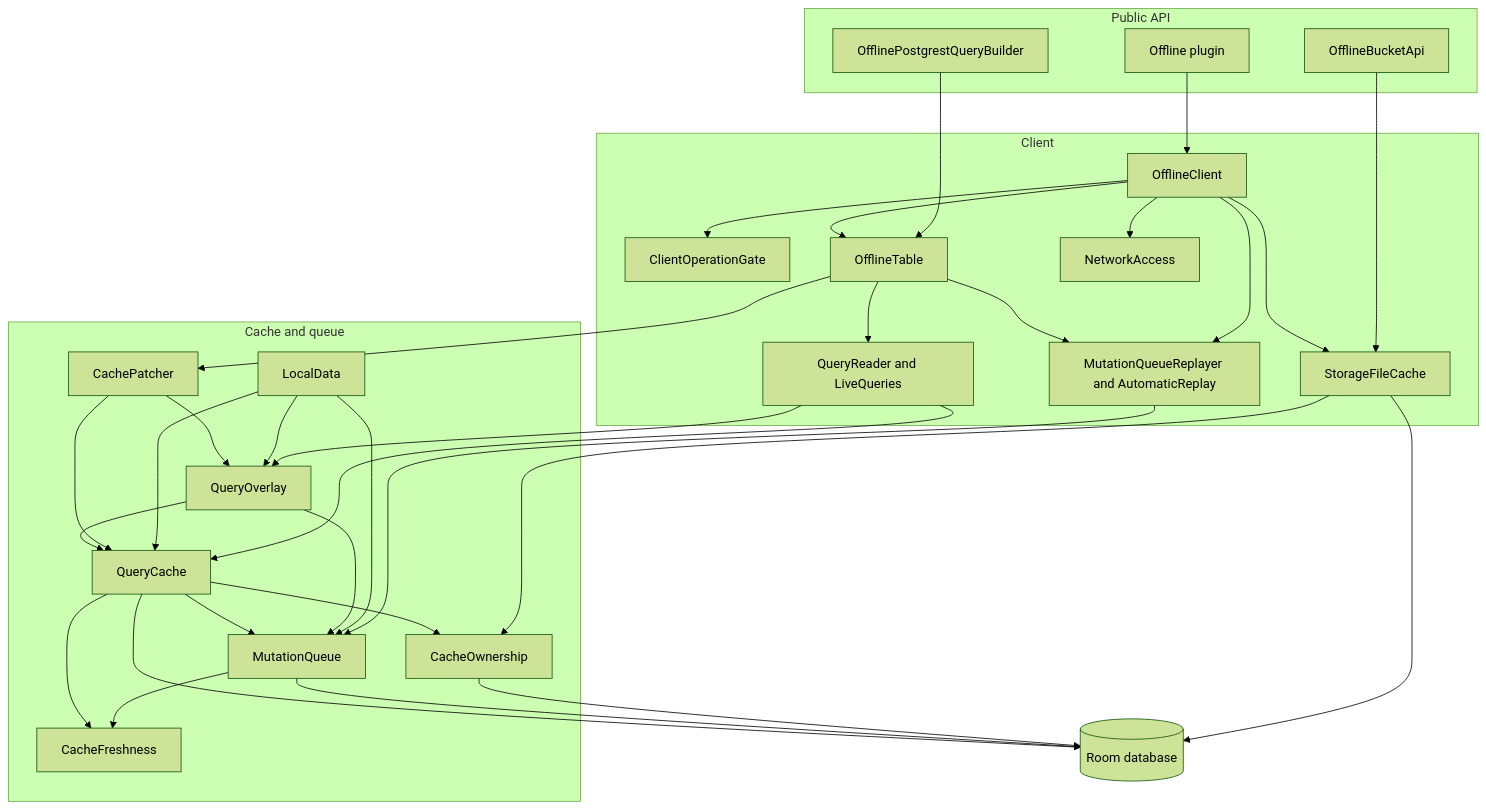
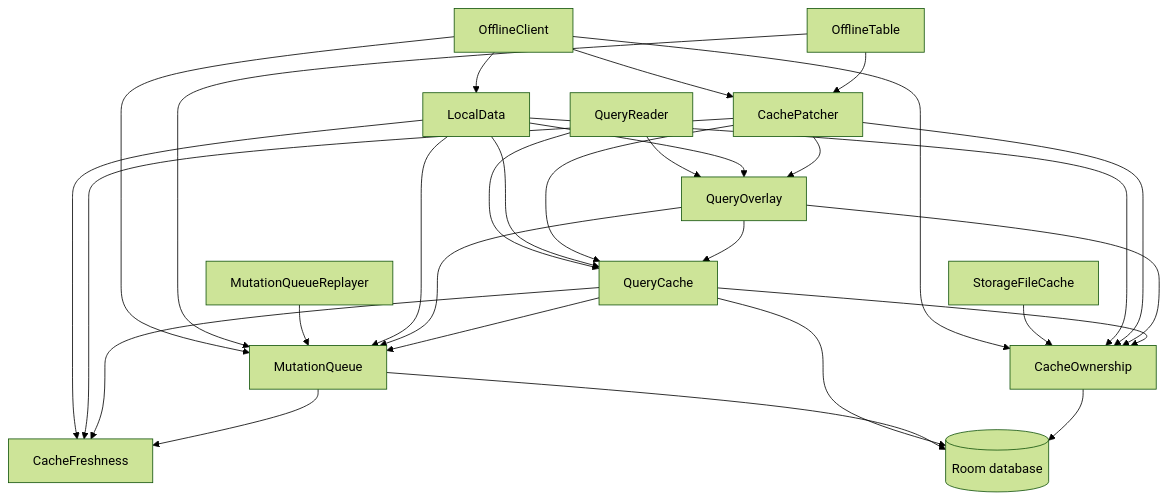
The second of 4 diagrams in docs/project/architecture.md (nesfeder/supabase-offline-kt), drawn with Mermaid (forest theme) before and after one commit. The commit also changed other lines of this file, not shown here.

First line of the commit message:
docs: redraw the architecture page's diagrams (#85)

````diff
--- a/docs/project/architecture.md
+++ b/docs/project/architecture.md
@@ -494,57 +527,32 @@
 ```mermaid
 flowchart TB
-    subgraph surface["Public API"]
-        P["Offline plugin"]
-        B["OfflinePostgrestQueryBuilder"]
-        S["OfflineBucketApi"]
-    end
-    subgraph client["Client"]
-        OC["OfflineClient"]
-        G["ClientOperationGate"]
-        T["OfflineTable"]
-        QR["QueryReader and LiveQueries"]
-        R["MutationQueueReplayer and AutomaticReplay"]
-        N["NetworkAccess"]
-        FC["StorageFileCache"]
-    end
-    subgraph cache["Cache and queue"]
-        LD["LocalData"]
-        CP["CachePatcher"]
-        QO["QueryOverlay"]
-        QC["QueryCache"]
-        MQ["MutationQueue"]
-        CO["CacheOwnership"]
-        CF["CacheFreshness"]
-    end
-    DB[("Room database")]
-    P --> OC
-    B --> T
-    S --> FC
-    OC --> G
-    OC --> T
-    OC --> R
-    OC --> N
-    OC --> FC
-    T --> QR
-    T --> R
+    OC["OfflineClient"] --> LD["LocalData"]
+    OC --> CP["CachePatcher"]
+    OC --> MQ["MutationQueue"]
+    OC --> CO["CacheOwnership"]
+    T["OfflineTable"] --> MQ
     T --> CP
-    QR --> QO
-    QR --> QC
-    R --> MQ
-    FC --> CO
+    QR["QueryReader"] --> QO["QueryOverlay"]
+    QR --> QC["QueryCache"]
+    R["MutationQueueReplayer"] --> MQ
+    FC["StorageFileCache"] --> CO
     LD --> QO
     LD --> QC
     LD --> MQ
+    LD --> CO
+    LD --> CF["CacheFreshness"]
     CP --> QO
     CP --> QC
+    CP --> CO
+    CP --> CF
     QO --> QC
     QO --> MQ
+    QO --> CO
     QC --> MQ
     QC --> CO
+    QC --> CF
     MQ --> CF
-    QC --> CF
+    QC --> DB[("Room database")]
+    MQ --> DB
     CO --> DB
-    MQ --> DB
-    QC --> DB
-    FC --> DB
 ```
````
